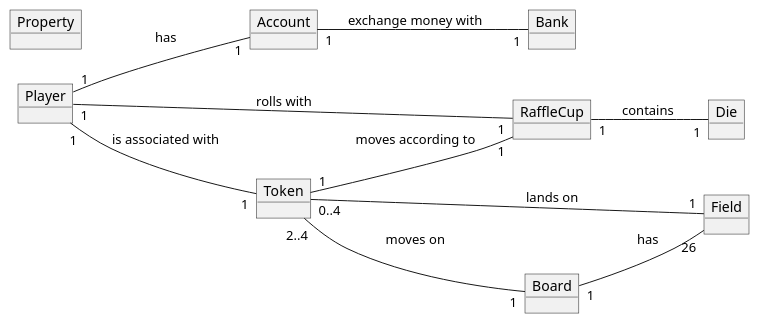
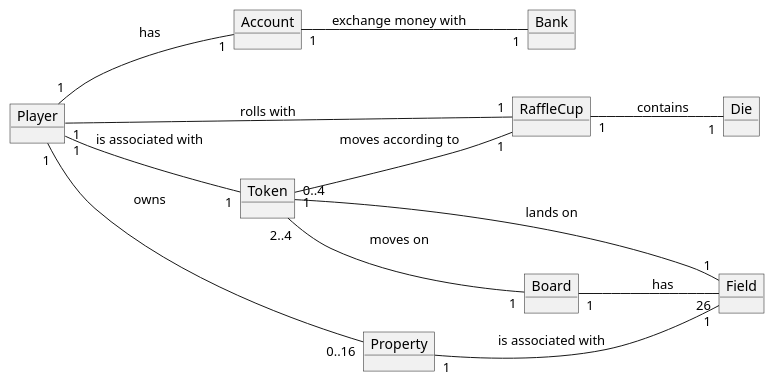
One commit to DTU-CDIO18/G18-CDIO3 changed the diagram in documentation/Diagrams/Domain_Model.wsd. Above: the diagram before and after it, drawn with PlantUML. The commit also changed 1 other file, not shown here.

Commit message:
Made some minor changes to the diagrams

```diff
--- a/documentation/Diagrams/Domain_Model.wsd
+++ b/documentation/Diagrams/Domain_Model.wsd
@@ -1,25 +1,28 @@
 @startuml Domain_Model
 
 left to right direction
 
 object Account
 object RaffleCup
 object Die
 object Bank
 object Player
 object Field
 object Board
 object Token
 object Property
 
 Player"1"--"1"Token: "is associated with"
 Player"1"--"1"Account: "has"
 Player"1" -- "1"RaffleCup: "rolls with"
+Player "1"-- "0..16"Property: "owns"
+Property "1"-- "1"Field: "is associated with"
 RaffleCup"1"-- "1"Die: "contains"
 Board "1"--"26" Field: "has"
 Token "2..4"--"1" Board: "moves on"
 Token"0..4" -- "1"Field: "lands on"
 Account"1"--"1" Bank: "exchange money with"
 Token"1" -- "1"RaffleCup: "moves according to"
 
+
 @enduml
```
